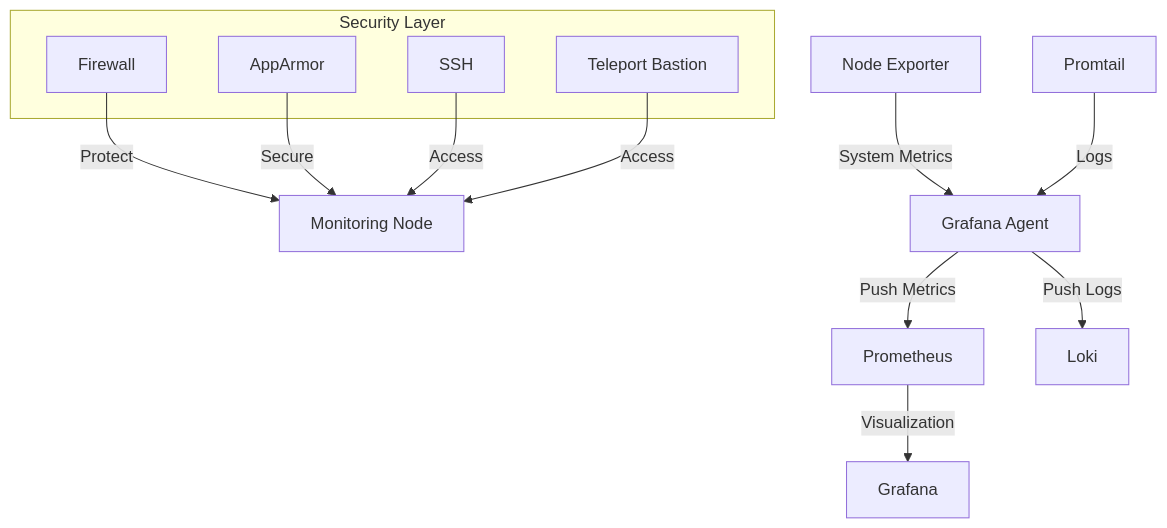
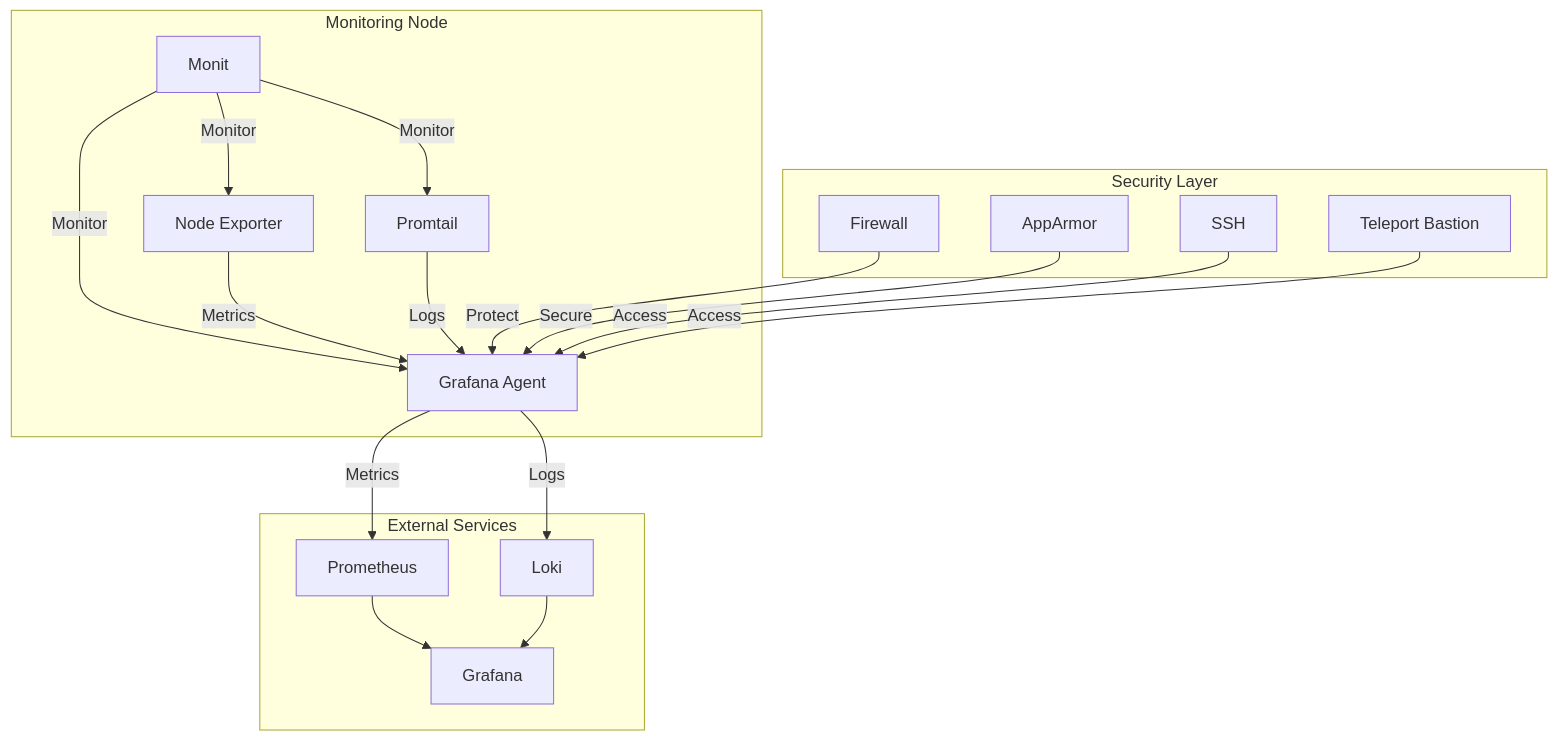
Before and after one commit to pampatzoglou/provision-validators: the first of 2 diagrams in roles/admin/README.md, drawn with Mermaid. The commit also changed 2 other files, not shown here.

Commit message:
update README files

````diff
--- a/roles/admin/README.md
+++ b/roles/admin/README.md
@@ -214,21 +214,36 @@
 ```mermaid
 graph TD
-    A[Monitoring Node]
-    B[Node Exporter] --> |System Metrics| C[Grafana Agent]
-    D[Promtail] --> |Logs| C
-    C --> |Push Metrics| E[Prometheus]
-    C --> |Push Logs| F[Loki]
-    E --> |Visualization| G[Grafana]
+    subgraph Monitoring Node
+        A[Node Exporter]
+        B[Grafana Agent]
+        C[Promtail]
+        M[Monit] --> |Monitor| B
+        M --> |Monitor| A
+        M --> |Monitor| C
+    end
+
+    subgraph External Services
+        D[Prometheus]
+        E[Loki]
+        F[Grafana]
+        D --> F
+        E --> F
+    end
     
     subgraph Security Layer
-        H[Firewall]
-        I[AppArmor]
-        J[SSH]
-        K[Teleport Bastion]
+        G[Firewall]
+        H[AppArmor]
+        I[SSH]
+        J[Teleport Bastion]
     end
 
-    H --> |Protect| A
-    I --> |Secure| A
-    J --> |Access| A
-    K --> |Access| A
+    A --> |Metrics| B
+    C --> |Logs| B
+    B --> |Metrics| D
+    B --> |Logs| E
+
+    G --> |Protect| B
+    H --> |Secure| B
+    I --> |Access| B
+    J --> |Access| B
 ```
````
